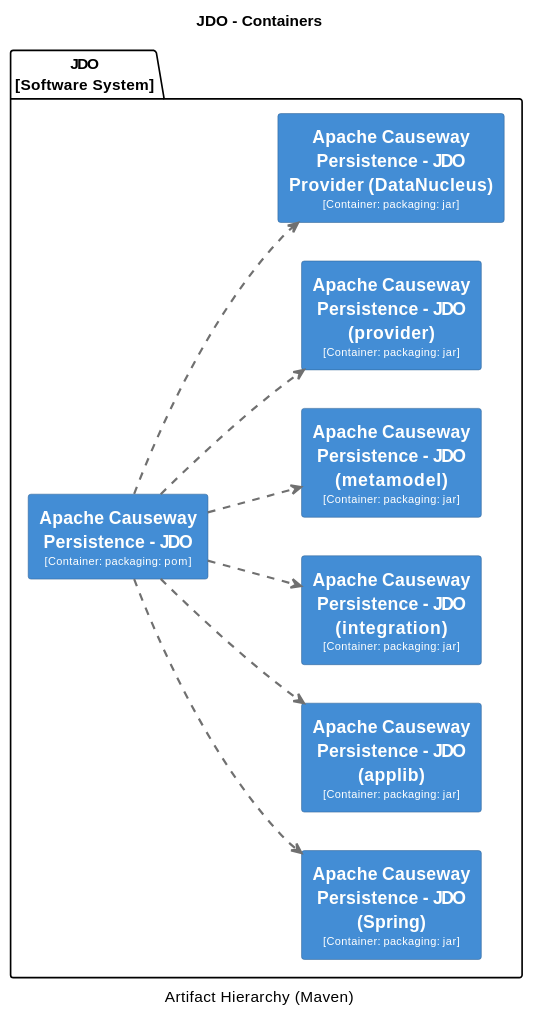
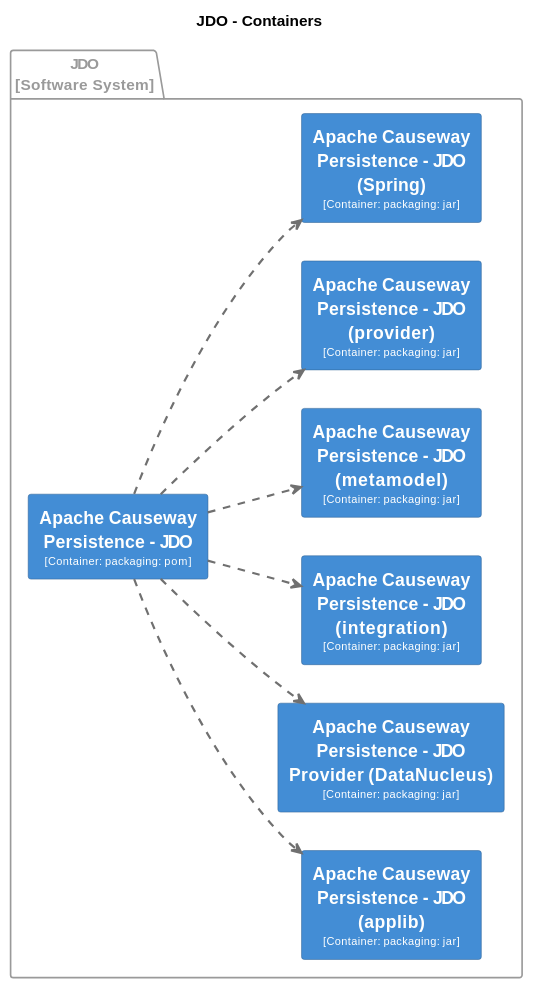
Before and after one commit to apache/causeway: the ninth of 31 diagrams in core/adoc/modules/_overview/pages/about.adoc, drawn with PlantUML. The commit also changed other lines of this file and 7 other files, not shown here.

```diff
--- a/core/adoc/modules/_overview/pages/about.adoc
+++ b/core/adoc/modules/_overview/pages/about.adoc
@@ -1756,67 +2059,75 @@
 [plantuml,JDO,svg]
 ----
-@startuml(id=JDO)
+@startuml
+set separator none
 title JDO - Containers
-caption Artifact Hierarchy (Maven)
+
+left to right direction
 
 skinparam {
   shadowing false
   arrowFontSize 10
   defaultTextAlignment center
   wrapWidth 200
   maxMessageSize 100
 }
+
 hide stereotype
-left to right direction
-skinparam rectangle<<2>> {
+
+skinparam rectangle<<JDO.ApacheCausewayPersistenceJDO>> {
   BackgroundColor #438dd5
   FontColor #fffffe
   BorderColor #2e6295
 }
-skinparam rectangle<<3>> {
+skinparam rectangle<<JDO.ApacheCausewayPersistenceJDOSpring>> {
   BackgroundColor #438dd5
   FontColor #fffffe
   BorderColor #2e6295
 }
-skinparam rectangle<<4>> {
+skinparam rectangle<<JDO.ApacheCausewayPersistenceJDOapplib>> {
   BackgroundColor #438dd5
   FontColor #fffffe
   BorderColor #2e6295
 }
-skinparam rectangle<<5>> {
+skinparam rectangle<<JDO.ApacheCausewayPersistenceJDOintegration>> {
   BackgroundColor #438dd5
   FontColor #fffffe
   BorderColor #2e6295
 }
-skinparam rectangle<<6>> {
+skinparam rectangle<<JDO.ApacheCausewayPersistenceJDOmetamodel>> {
   BackgroundColor #438dd5
   FontColor #fffffe
   BorderColor #2e6295
 }
-skinparam rectangle<<7>> {
+skinparam rectangle<<JDO.ApacheCausewayPersistenceJDOprovider>> {
   BackgroundColor #438dd5
   FontColor #fffffe
   BorderColor #2e6295
 }
-skinparam rectangle<<8>> {
+skinparam rectangle<<JDO.ApacheCausewayPersistenceJDOProviderDataNucleus>> {
   BackgroundColor #438dd5
   FontColor #fffffe
   BorderColor #2e6295
 }
-package "JDO\n[Software System]" {
-  rectangle "==Apache Causeway Persistence - JDO\n<size:10>[Container: packaging: pom]</size>" <<2>> as 2
-  rectangle "==Apache Causeway Persistence - JDO (Spring)\n<size:10>[Container: packaging: jar]</size>" <<8>> as 8
-  rectangle "==Apache Causeway Persistence - JDO (applib)\n<size:10>[Container: packaging: jar]</size>" <<3>> as 3
-  rectangle "==Apache Causeway Persistence - JDO (integration)\n<size:10>[Container: packaging: jar]</size>" <<5>> as 5
-  rectangle "==Apache Causeway Persistence - JDO (metamodel)\n<size:10>[Container: packaging: jar]</size>" <<6>> as 6
-  rectangle "==Apache Causeway Persistence - JDO (provider)\n<size:10>[Container: packaging: jar]</size>" <<7>> as 7
-  rectangle "==Apache Causeway Persistence - JDO Provider (DataNucleus)\n<size:10>[Container: packaging: jar]</size>" <<4>> as 4
+
+package "JDO\n[Software System]" <<JDO>> {
+  skinparam PackageBorderColor<<JDO>> #9a9a9a
+  skinparam PackageFontColor<<JDO>> #9a9a9a
+
+  rectangle "==Apache Causeway Persistence - JDO\n<size:10>[Container: packaging: pom]</size>" <<JDO.ApacheCausewayPersistenceJDO>> as JDO.ApacheCausewayPersistenceJDO
+  rectangle "==Apache Causeway Persistence - JDO (applib)\n<size:10>[Container: packaging: jar]</size>" <<JDO.ApacheCausewayPersistenceJDOapplib>> as JDO.ApacheCausewayPersistenceJDOapplib
+  rectangle "==Apache Causeway Persistence - JDO Provider (DataNucleus)\n<size:10>[Container: packaging: jar]</size>" <<JDO.ApacheCausewayPersistenceJDOProviderDataNucleus>> as JDO.ApacheCausewayPersistenceJDOProviderDataNucleus
+  rectangle "==Apache Causeway Persistence - JDO (integration)\n<size:10>[Container: packaging: jar]</size>" <<JDO.ApacheCausewayPersistenceJDOintegration>> as JDO.ApacheCausewayPersistenceJDOintegration
+  rectangle "==Apache Causeway Persistence - JDO (metamodel)\n<size:10>[Container: packaging: jar]</size>" <<JDO.ApacheCausewayPersistenceJDOmetamodel>> as JDO.ApacheCausewayPersistenceJDOmetamodel
+  rectangle "==Apache Causeway Persistence - JDO (provider)\n<size:10>[Container: packaging: jar]</size>" <<JDO.ApacheCausewayPersistenceJDOprovider>> as JDO.ApacheCausewayPersistenceJDOprovider
+  rectangle "==Apache Causeway Persistence - JDO (Spring)\n<size:10>[Container: packaging: jar]</size>" <<JDO.ApacheCausewayPersistenceJDOSpring>> as JDO.ApacheCausewayPersistenceJDOSpring
 }
-2 .[#707070,thickness=2].> 8 : ""
-2 .[#707070,thickness=2].> 3 : ""
-2 .[#707070,thickness=2].> 5 : ""
-2 .[#707070,thickness=2].> 6 : ""
-2 .[#707070,thickness=2].> 7 : ""
-2 .[#707070,thickness=2].> 4 : ""
+
+JDO.ApacheCausewayPersistenceJDO .[#707070,thickness=2].> JDO.ApacheCausewayPersistenceJDOProviderDataNucleus : "<color:#707070>"
+JDO.ApacheCausewayPersistenceJDO .[#707070,thickness=2].> JDO.ApacheCausewayPersistenceJDOintegration : "<color:#707070>"
+JDO.ApacheCausewayPersistenceJDO .[#707070,thickness=2].> JDO.ApacheCausewayPersistenceJDOmetamodel : "<color:#707070>"
+JDO.ApacheCausewayPersistenceJDO .[#707070,thickness=2].> JDO.ApacheCausewayPersistenceJDOprovider : "<color:#707070>"
+JDO.ApacheCausewayPersistenceJDO .[#707070,thickness=2].> JDO.ApacheCausewayPersistenceJDOSpring : "<color:#707070>"
+JDO.ApacheCausewayPersistenceJDO .[#707070,thickness=2].> JDO.ApacheCausewayPersistenceJDOapplib : "<color:#707070>"
 @enduml
 ----
```
